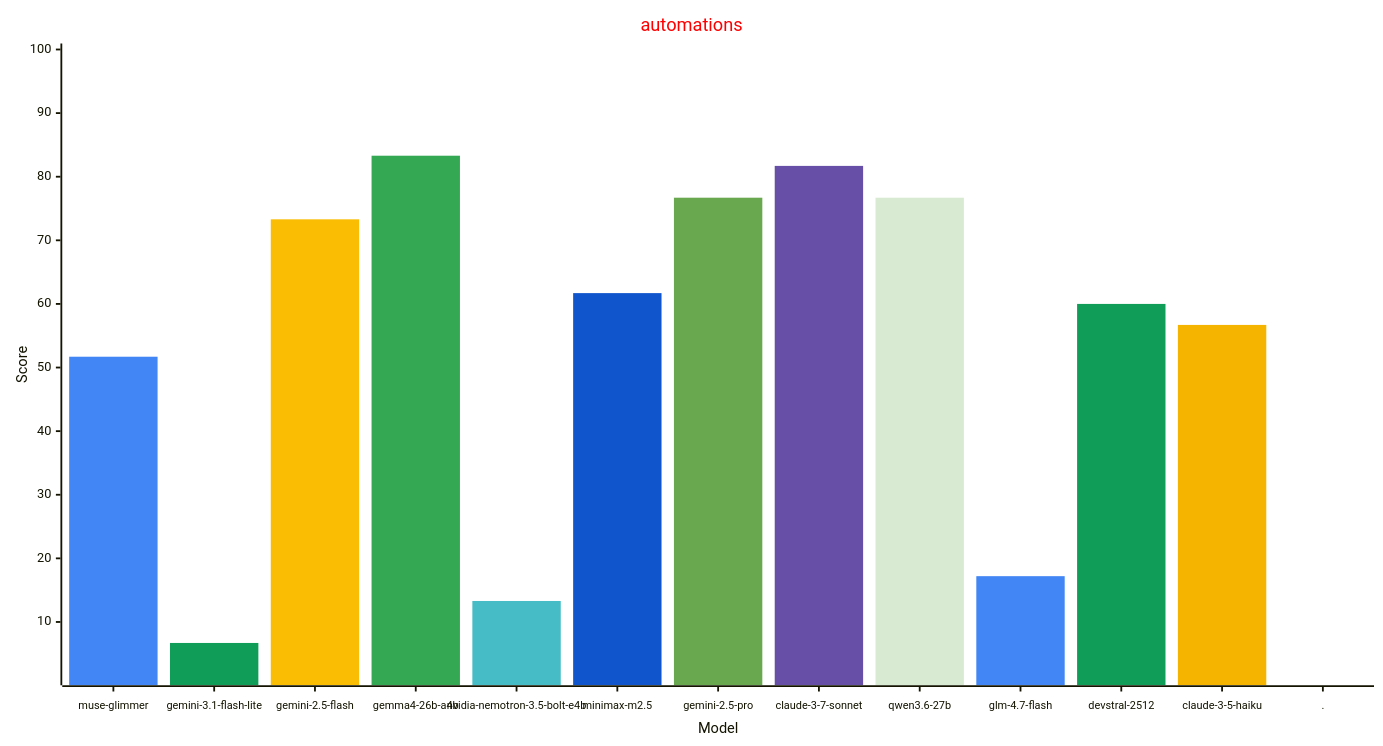
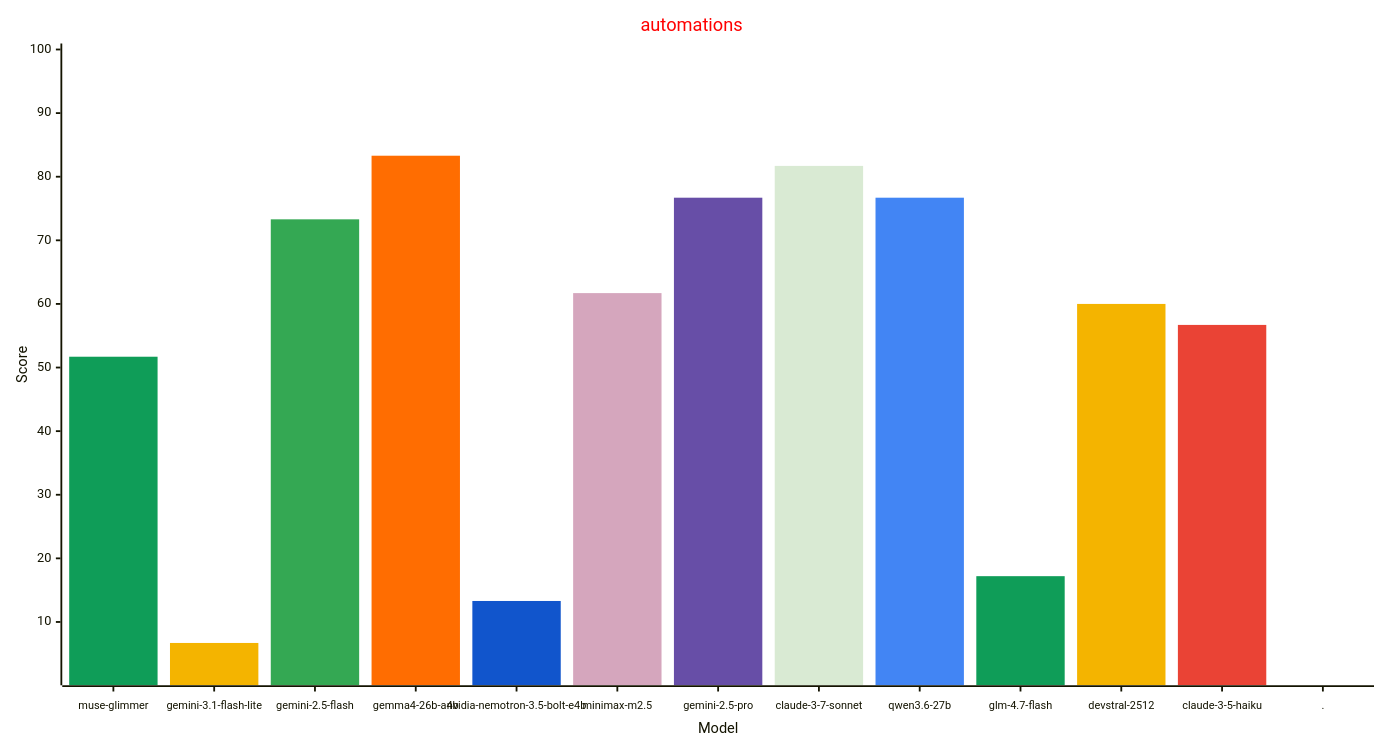
The fourth of 4 diagrams in reports/README.md (allenporter/home-assistant-datasets), drawn with Mermaid before and after one commit. The commit also changed other lines of this file, not shown here.

````diff
--- a/reports/README.md
+++ b/reports/README.md
@@ -234,33 +235,33 @@
 ```mermaid
 ---
 config:
     xyChart:
         width: 1500
         height: 800
         xAxis:
           labelFontSize: 12
           labelPadding: 8
     themeVariables:
         xyChart:
             titleColor: "#ff0000"
-            plotColorPalette: "#4285f4, #0f9d58, #fbbc04, #34a853, #46bdc6, #1155cc, #6aa84f, #674ea7, #d9ead3, #4285f4, #0f9d58, #f4b400, #4285f4"
+            plotColorPalette: "#0f9d58, #f4b400, #34a853, #ff6d01, #1155cc, #d5a6bd, #674ea7, #d9ead3, #4285f4, #0f9d58, #f4b400, #ea4335, #4285f4"
 
 ---
 xychart-beta
   title "automations"
   x-axis "Model" [muse-glimmer, gemini-3.1-flash-lite, gemini-2.5-flash, gemma4-26b-a4b, nvidia-nemotron-3.5-bolt-e4b, minimax-m2.5, gemini-2.5-pro, claude-3-7-sonnet, qwen3.6-27b, glm-4.7-flash, devstral-2512, claude-3-5-haiku, .]
   y-axis "Score" 1 --> 100
   bar [51.7, 0.0, 0.0, 0.0, 0.0, 0.0, 0.0, 0.0, 0.0, 0.0, 0.0, 0.0, 0.0]
   bar [0.0, 6.7, 0.0, 0.0, 0.0, 0.0, 0.0, 0.0, 0.0, 0.0, 0.0, 0.0, 0.0]
   bar [0.0, 0.0, 73.3, 0.0, 0.0, 0.0, 0.0, 0.0, 0.0, 0.0, 0.0, 0.0, 0.0]
   bar [0.0, 0.0, 0.0, 83.3, 0.0, 0.0, 0.0, 0.0, 0.0, 0.0, 0.0, 0.0, 0.0]
   bar [0.0, 0.0, 0.0, 0.0, 13.3, 0.0, 0.0, 0.0, 0.0, 0.0, 0.0, 0.0, 0.0]
   bar [0.0, 0.0, 0.0, 0.0, 0.0, 61.7, 0.0, 0.0, 0.0, 0.0, 0.0, 0.0, 0.0]
   bar [0.0, 0.0, 0.0, 0.0, 0.0, 0.0, 76.7, 0.0, 0.0, 0.0, 0.0, 0.0, 0.0]
   bar [0.0, 0.0, 0.0, 0.0, 0.0, 0.0, 0.0, 81.7, 0.0, 0.0, 0.0, 0.0, 0.0]
   bar [0.0, 0.0, 0.0, 0.0, 0.0, 0.0, 0.0, 0.0, 76.7, 0.0, 0.0, 0.0, 0.0]
   bar [0.0, 0.0, 0.0, 0.0, 0.0, 0.0, 0.0, 0.0, 0.0, 17.2, 0.0, 0.0, 0.0]
   bar [0.0, 0.0, 0.0, 0.0, 0.0, 0.0, 0.0, 0.0, 0.0, 0.0, 60.0, 0.0, 0.0]
   bar [0.0, 0.0, 0.0, 0.0, 0.0, 0.0, 0.0, 0.0, 0.0, 0.0, 0.0, 56.7, 0.0]
   bar [0.0, 0.0, 0.0, 0.0, 0.0, 0.0, 0.0, 0.0, 0.0, 0.0, 0.0, 0.0, -1.0]
 ```
````
